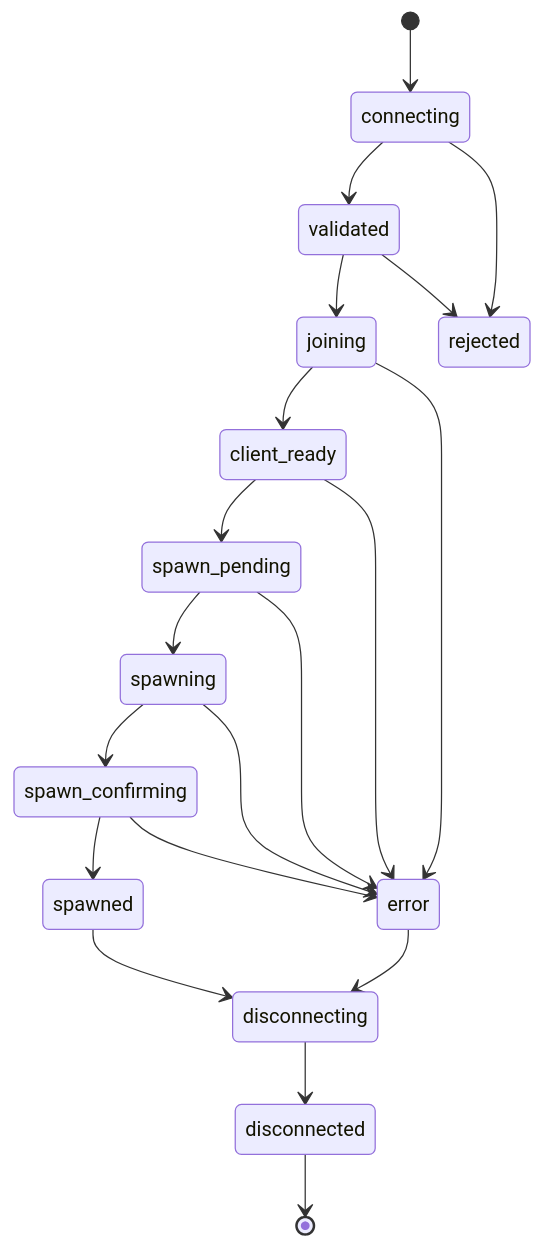
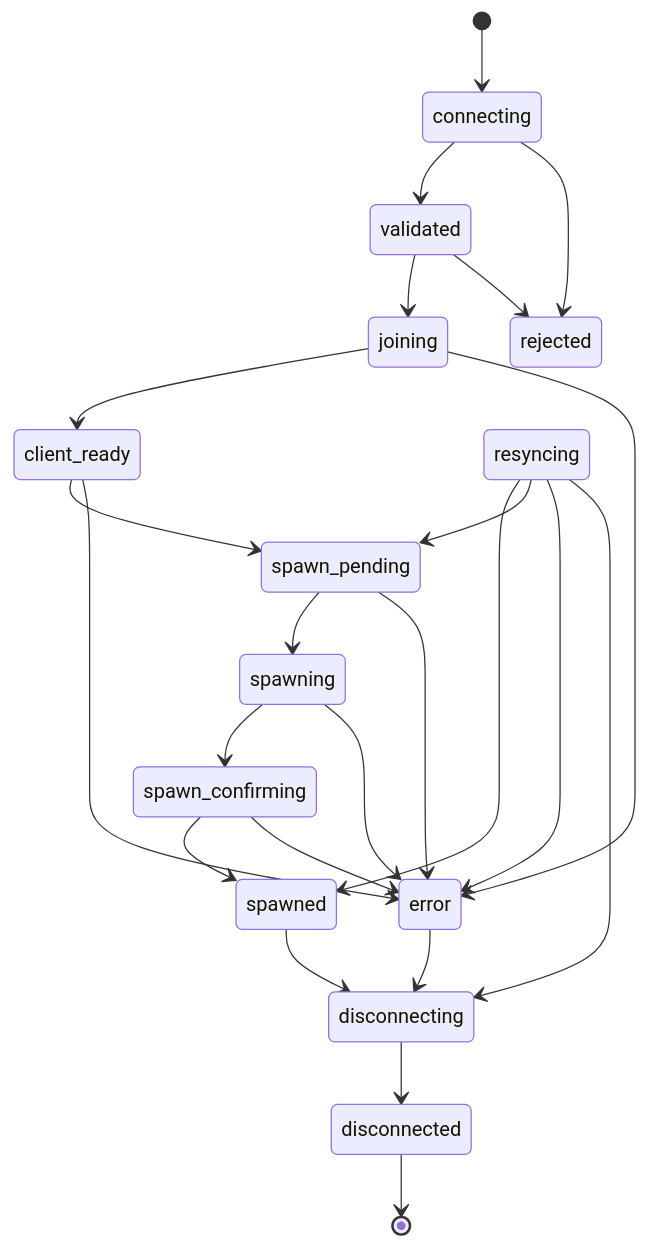
Before and after one commit to chel38/GCore: the diagram in docs/diagrams/player-lifecycle.md, drawn with Mermaid. The commit also changed other lines of this file and 56 other files, not shown here.

````diff
--- a/docs/diagrams/player-lifecycle.md
+++ b/docs/diagrams/player-lifecycle.md
@@ -5,23 +5,27 @@
 ```mermaid
 stateDiagram-v2
     [*] --> connecting
     connecting --> validated
     validated --> joining
     joining --> client_ready
     client_ready --> spawn_pending
     spawn_pending --> spawning
     spawning --> spawn_confirming
     spawn_confirming --> spawned
+    resyncing --> spawned
+    resyncing --> spawn_pending
     spawned --> disconnecting
     disconnecting --> disconnected
     disconnected --> [*]
 
     connecting --> rejected
     validated --> rejected
     joining --> error
     client_ready --> error
     spawn_pending --> error
     spawning --> error
     spawn_confirming --> error
+    resyncing --> error
+    resyncing --> disconnecting
     error --> disconnecting
 ```
````
